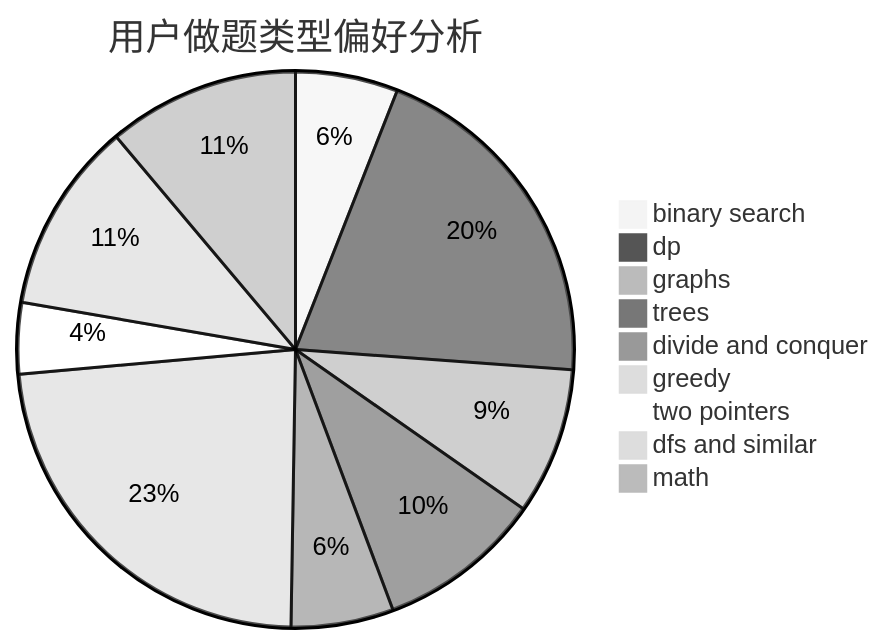
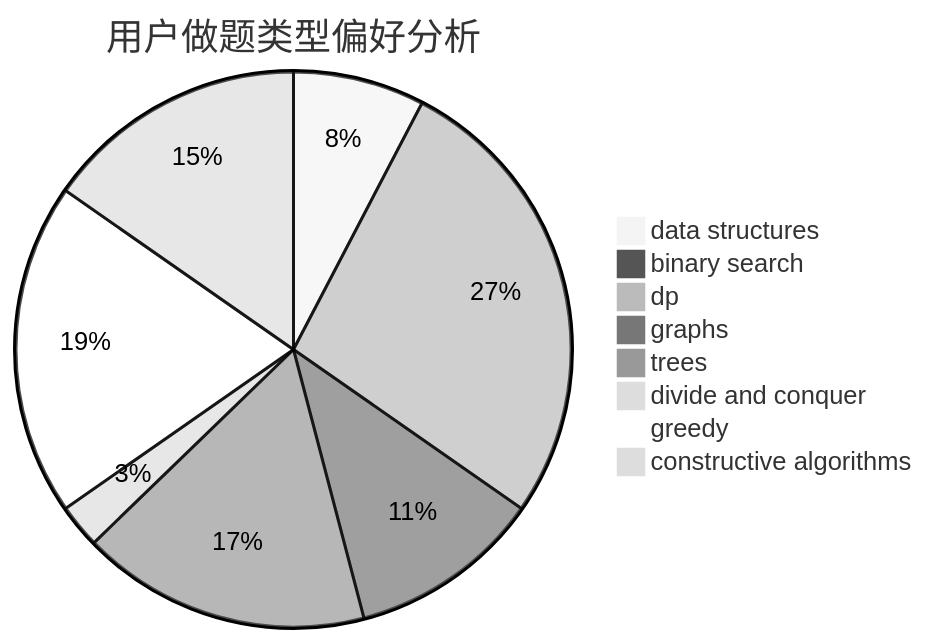
Before and after one commit to sherpahu/cfrs.github.io: the second of 3 diagrams in docs/user/u642.md, drawn with Mermaid (neutral theme). The commit also changed other lines of this file and 2775 other files, not shown here.

````diff
--- a/docs/user/u642.md
+++ b/docs/user/u642.md
@@ -23,12 +23,11 @@
 ```mermaid
 pie title 用户做题类型偏好分析
-    "binary search" :  23
-    "dp" :  78
-    "graphs" :  33
-    "trees" :  37
-    "divide and conquer" :  23
-    "greedy" :  90
-    "two pointers" :  16
-    "dfs and similar" :  43
-    "math" :  43
+    "data structures" :  15
+    "binary search" :  0
+    "dp" :  53
+    "graphs" :  22
+    "trees" :  33
+    "divide and conquer" :  5
+    "greedy" :  38
+    "constructive algorithms" :  30
 ```
````
